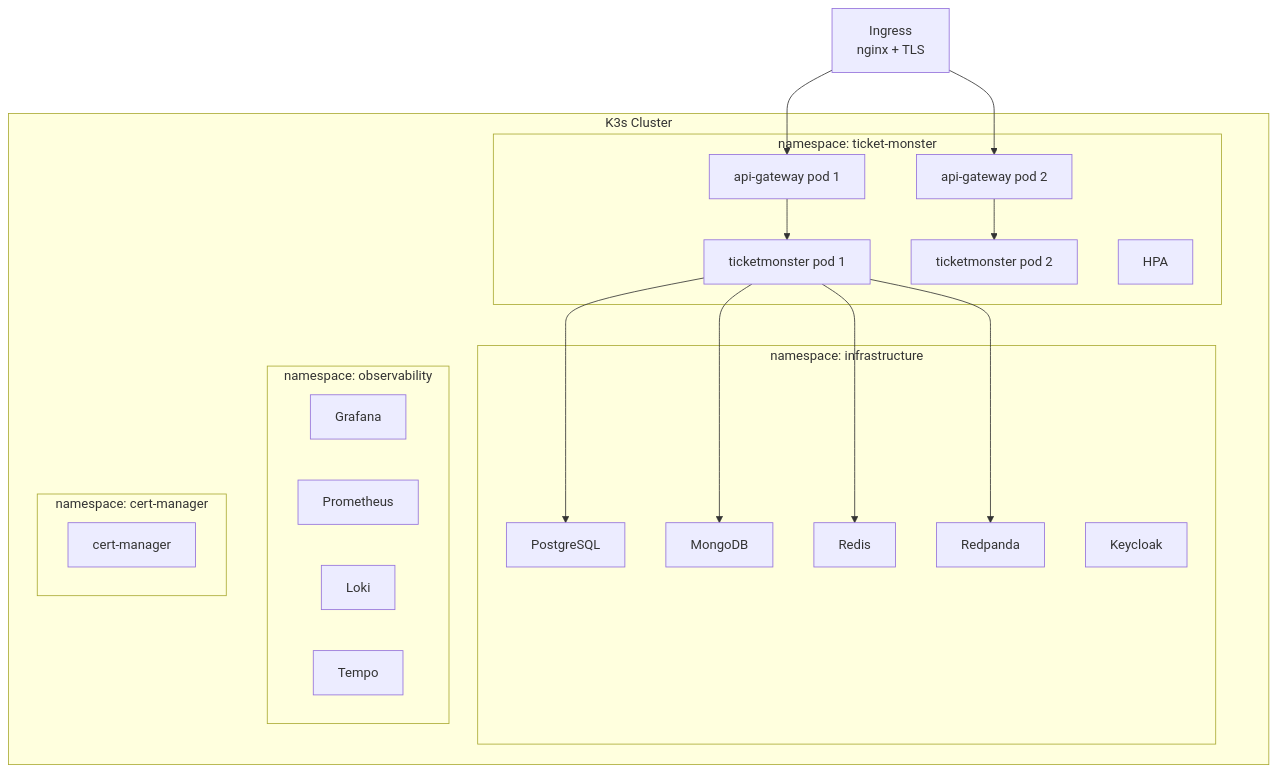
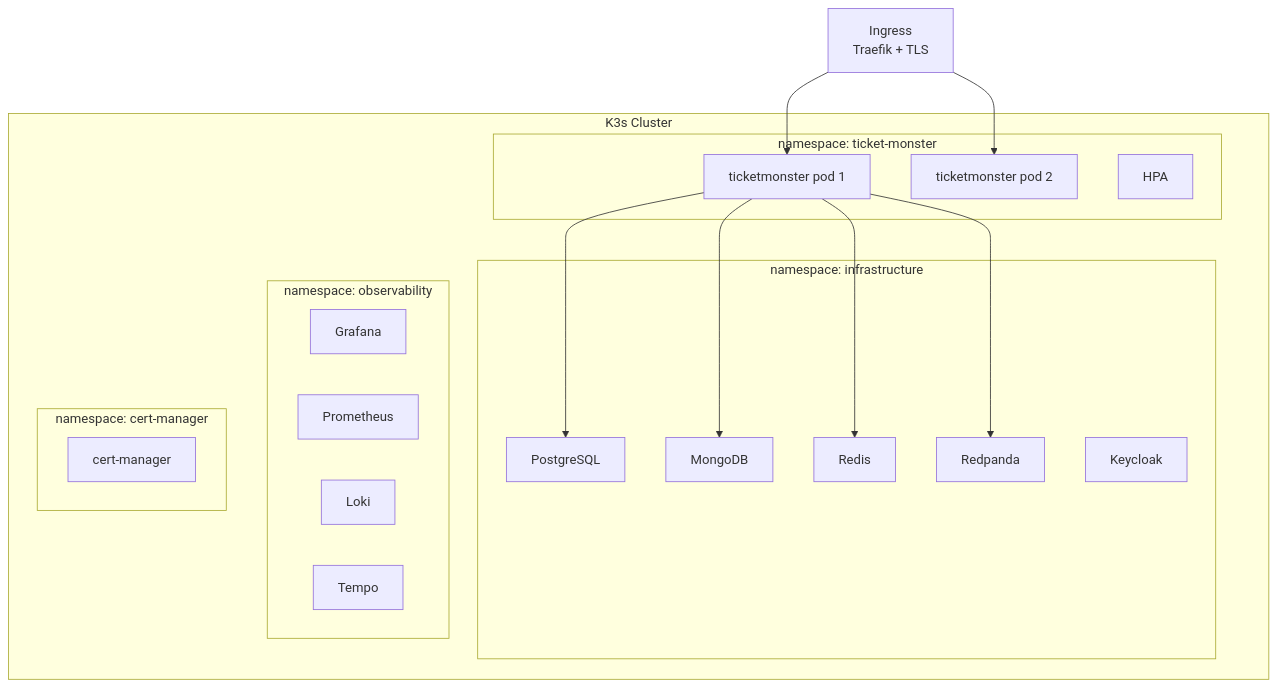
One commit to jrgavilanes/ticket-monster changed the sixth of 6 diagrams in README.md. Above: the diagram before and after it, drawn with Mermaid. The commit also changed other lines of this file and 33 other files, not shown here.

First line of the commit message:
wip: migrate K3s deployment to direct manifests, remove API Gateway

````diff
--- a/README.md
+++ b/README.md
@@ -169,40 +169,36 @@
 ```mermaid
 flowchart TB
     subgraph K3s Cluster
         subgraph NS1[namespace: ticket-monster]
             TM1[ticketmonster pod 1]
             TM2[ticketmonster pod 2]
-            GW1[api-gateway pod 1]
-            GW2[api-gateway pod 2]
             HPA[HPA]
         end
 
         subgraph NS2[namespace: infrastructure]
             PG[PostgreSQL]
             MONGO[MongoDB]
             REDIS[Redis]
             RP[Redpanda]
             KC[Keycloak]
         end
 
         subgraph NS3[namespace: observability]
             GRAF[Grafana]
             PROM[Prometheus]
             LOKI[Loki]
             TEMPO[Tempo]
         end
 
         subgraph NS4[namespace: cert-manager]
             CM[cert-manager]
         end
     end
 
-    INGRESS[Ingress<br/>nginx + TLS] --> GW1
-    INGRESS --> GW2
-    GW1 --> TM1
-    GW2 --> TM2
+    INGRESS[Ingress<br/>Traefik + TLS] --> TM1
+    INGRESS --> TM2
     TM1 --> PG
     TM1 --> MONGO
     TM1 --> REDIS
     TM1 --> RP
 ```
````
